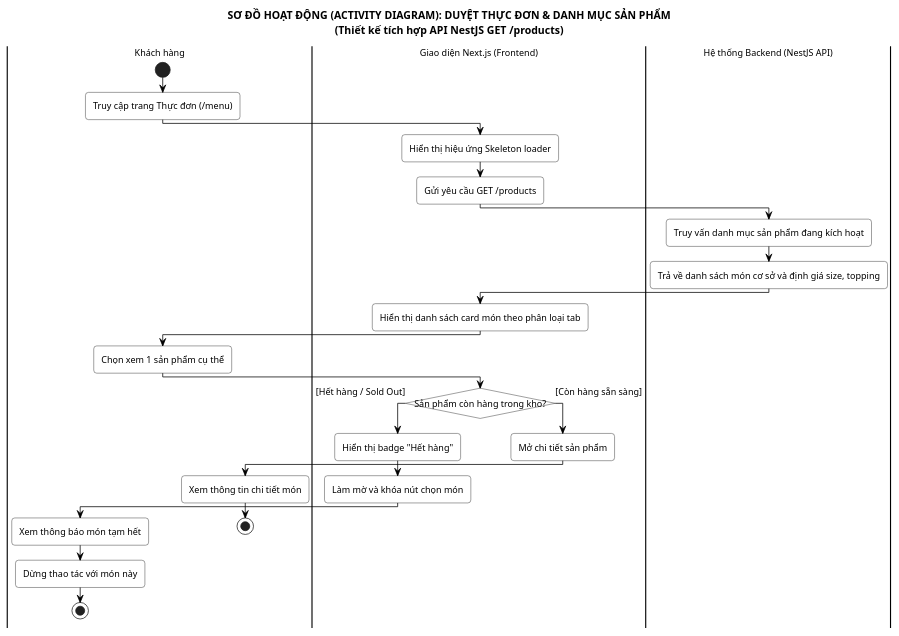
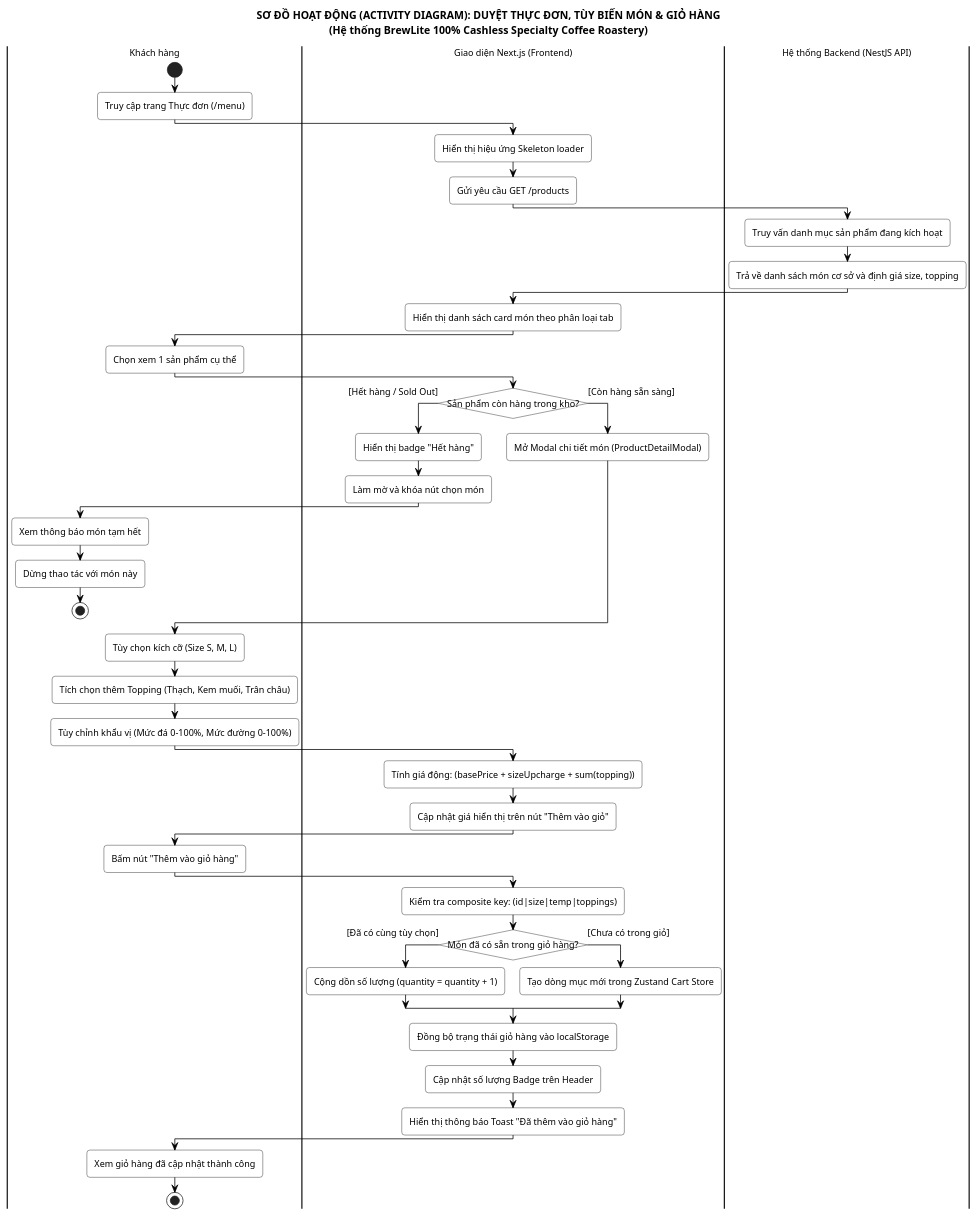
One commit to MaGiaVy/BrewLite_project changed the diagram in docs/diagrams/activity-menu-cart.puml. Above: the diagram before and after it, drawn with PlantUML. The commit also changed 2 other files, not shown here.

Commit message:
docs(task-2.1): hoàn thiện sơ đồ hoạt động duyệt thực đơn, tùy biến món và giỏ hàng Zustand

```diff
--- a/docs/diagrams/activity-menu-cart.puml
+++ b/docs/diagrams/activity-menu-cart.puml
@@ -1,60 +1,86 @@
 @startuml
 skinparam defaultFontName "Segoe UI, Arial, sans-serif"
 skinparam defaultFontSize 12
 skinparam roundcorner 8
 skinparam shadowing false
 skinparam monochrome true
 skinparam conditionStyle InsideDiamond
 skinparam conditionEndStyle hline
 
 skinparam activity {
     BorderColor black
     BackgroundColor white
     ArrowColor black
 }
 skinparam swimlane {
     BorderColor black
     TitleFontColor black
 }
 
-title SƠ ĐỒ HOẠT ĐỘNG (ACTIVITY DIAGRAM): DUYỆT THỰC ĐƠN & DANH MỤC SẢN PHẨM\n(Thiết kế tích hợp API NestJS GET /products)
+title SƠ ĐỒ HOẠT ĐỘNG (ACTIVITY DIAGRAM): DUYỆT THỰC ĐƠN, TÙY BIẾN MÓN & GIỎ HÀNG\n(Hệ thống BrewLite 100% Cashless Specialty Coffee Roastery)
 
 |#White|Khách hàng|
 |#White|Giao diện Next.js (Frontend)|
 |#White|Hệ thống Backend (NestJS API)|
 
 |Khách hàng|
 start
 :Truy cập trang Thực đơn (/menu);
 
 |Giao diện Next.js (Frontend)|
 :Hiển thị hiệu ứng Skeleton loader;
 :Gửi yêu cầu GET /products;
 
 |Hệ thống Backend (NestJS API)|
 :Truy vấn danh mục sản phẩm đang kích hoạt;
 :Trả về danh sách món cơ sở và định giá size, topping;
 
 |Giao diện Next.js (Frontend)|
 :Hiển thị danh sách card món theo phân loại tab;
 
 |Khách hàng|
 :Chọn xem 1 sản phẩm cụ thể;
 
 |Giao diện Next.js (Frontend)|
 if (Sản phẩm còn hàng trong kho?) then ([Hết hàng / Sold Out])
     :Hiển thị badge "Hết hàng";
     :Làm mờ và khóa nút chọn món;
     |Khách hàng|
     :Xem thông báo món tạm hết;
     :Dừng thao tác với món này;
     stop
 else ([Còn hàng sẵn sàng])
     |Giao diện Next.js (Frontend)|
-    :Mở chi tiết sản phẩm;
-    |Khách hàng|
-    :Xem thông tin chi tiết món;
-    stop
+    :Mở Modal chi tiết món (ProductDetailModal);
 endif
 
+|Khách hàng|
+:Tùy chọn kích cỡ (Size S, M, L);
+:Tích chọn thêm Topping (Thạch, Kem muối, Trân châu);
+:Tùy chỉnh khẩu vị (Mức đá 0-100%, Mức đường 0-100%);
+
+|Giao diện Next.js (Frontend)|
+:Tính giá động: (basePrice + sizeUpcharge + sum(topping));
+:Cập nhật giá hiển thị trên nút "Thêm vào giỏ";
+
+|Khách hàng|
+:Bấm nút "Thêm vào giỏ hàng";
+
+|Giao diện Next.js (Frontend)|
+:Kiểm tra composite key: (id|size|temp|toppings);
+
+if (Món đã có sẵn trong giỏ hàng?) then ([Đã có cùng tùy chọn])
+    :Cộng dồn số lượng (quantity = quantity + 1);
+else ([Chưa có trong giỏ])
+    :Tạo dòng mục mới trong Zustand Cart Store;
+endif
+
+:Đồng bộ trạng thái giỏ hàng vào localStorage;
+:Cập nhật số lượng Badge trên Header;
+:Hiển thị thông báo Toast "Đã thêm vào giỏ hàng";
+
+|Khách hàng|
+:Xem giỏ hàng đã cập nhật thành công;
+stop
+
 @enduml
```
